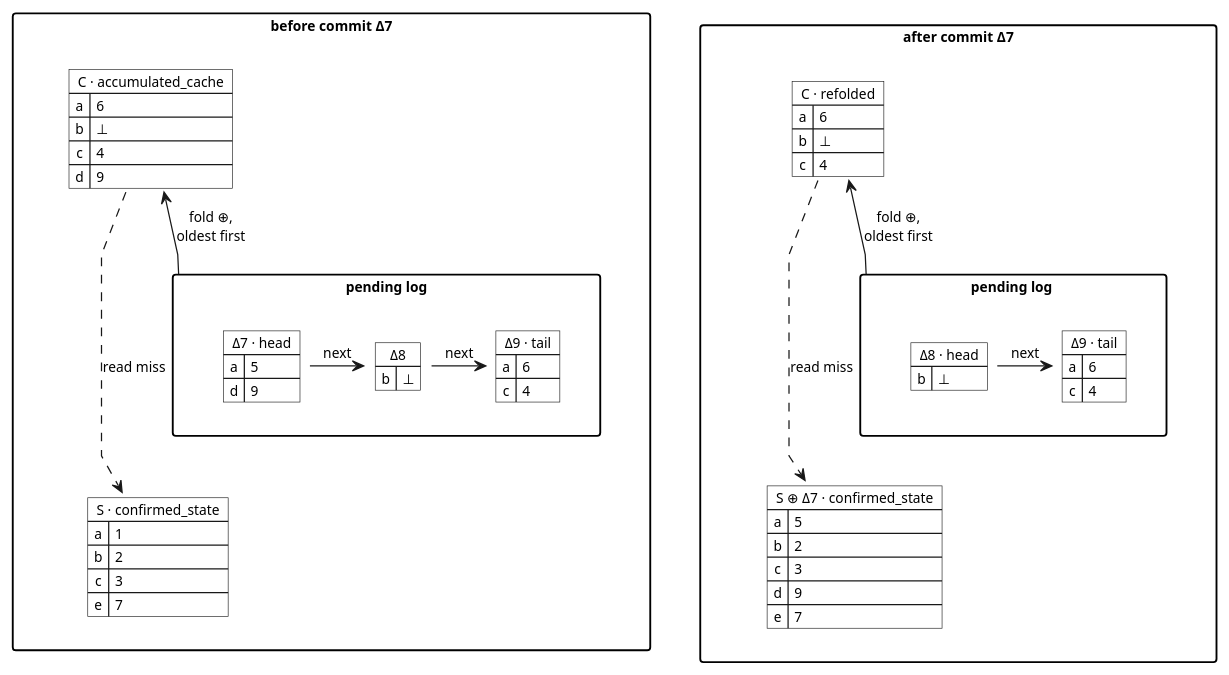
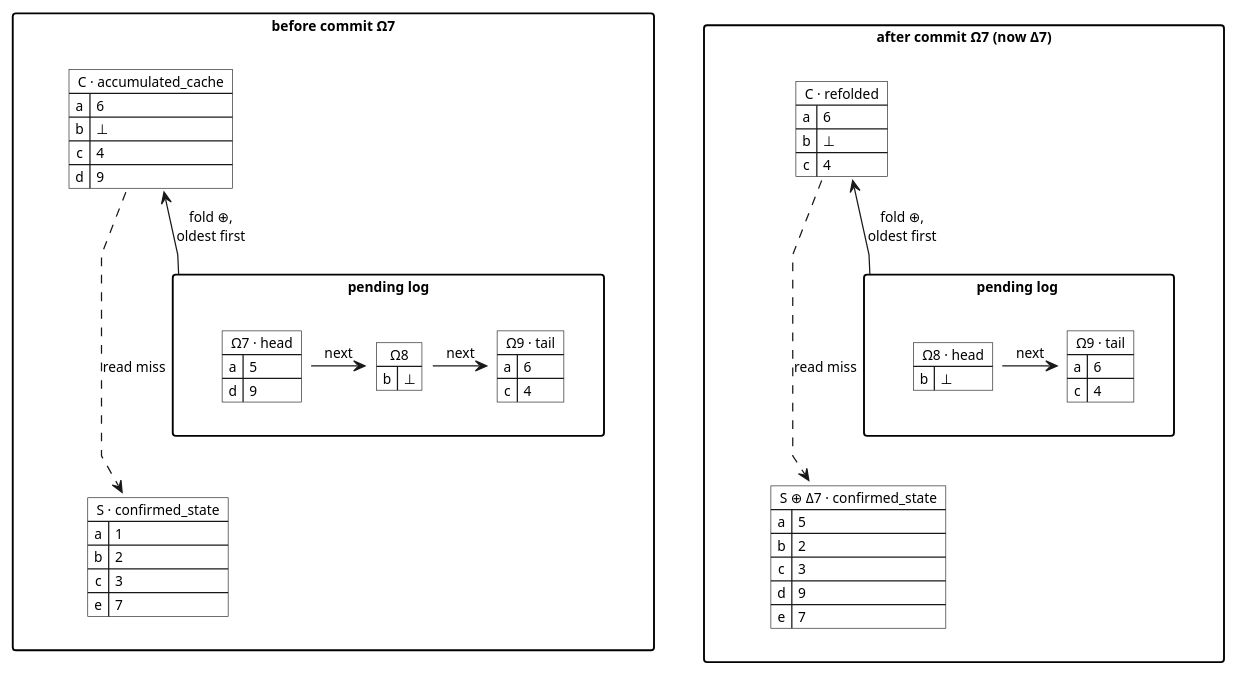
Before and after one commit to nuno1212s/Atlas: the diagram in Atlas-SMR-Preemptive-Execution/docs/context/diagrams/preemptive-context-cache-snapshot.puml, drawn with PlantUML. The commit also changed 9 other files, not shown here.

First line of the commit message:
docs(preemptive): diagram iteration 02 - Omega/Delta decision notation

```diff
--- a/Atlas-SMR-Preemptive-Execution/docs/context/diagrams/preemptive-context-cache-snapshot.puml
+++ b/Atlas-SMR-Preemptive-Execution/docs/context/diagrams/preemptive-context-cache-snapshot.puml
@@ -1,88 +1,88 @@
 @startuml preemptive-context-cache-snapshot
 skinparam monochrome true
 skinparam shadowing false
 skinparam defaultFontName Helvetica
 skinparam defaultFontSize 11
 skinparam packageStyle rectangle
 skinparam classAttributeIconSize 0
 skinparam linetype polyline
 skinparam nodesep 30
 skinparam ranksep 40
 skinparam frame {
   BorderThickness 2
 }
 skinparam hexagon {
   BorderStyle dashed
 }
 skinparam map {
   BackgroundColor white
 }
 top to bottom direction
 skinparam nodesep 20
 skinparam ranksep 22
 
-package "before commit Δ7" as B {
+package "before commit Ω7" as B {
   map "C · accumulated_cache" as C0 {
     a => 6
     b => ⊥
     c => 4
     d => 9
   }
   package "pending log" as L0 {
-    map "Δ7 · head" as D7 {
+    map "Ω7 · head" as D7 {
       a => 5
       d => 9
     }
-    map "Δ8" as D8 {
+    map "Ω8" as D8 {
       b => ⊥
     }
-    map "Δ9 · tail" as D9 {
+    map "Ω9 · tail" as D9 {
       a => 6
       c => 4
     }
   }
   map "S · confirmed_state" as S0 {
     a => 1
     b => 2
     c => 3
     e => 7
   }
 }
 
-package "after commit Δ7" as A {
+package "after commit Ω7 (now Δ7)" as A {
   map "C · refolded" as C1 {
     a => 6
     b => ⊥
     c => 4
   }
   package "pending log " as L1 {
-    map "Δ8 · head" as E8 {
+    map "Ω8 · head" as E8 {
       b => ⊥
     }
-    map "Δ9 · tail" as E9 {
+    map "Ω9 · tail" as E9 {
       a => 6
       c => 4
     }
   }
   map "S ⊕ Δ7 · confirmed_state" as S1 {
     a => 5
     b => 2
     c => 3
     d => 9
     e => 7
   }
 }
 
 C0 -[hidden]d- L0
 L0 -[hidden]d- S0
 C0 ..> S0 : read miss
 C1 -[hidden]d- L1
 L1 -[hidden]d- S1
 C1 ..> S1 : read miss
 D7 -r-> D8 : next
 D8 -r-> D9 : next
 E8 -r-> E9 : next
 L0 -u-> C0 : fold ⊕,\noldest first
 L1 -u-> C1 : fold ⊕,\noldest first
 B -[hidden]r- A
 @enduml
```
